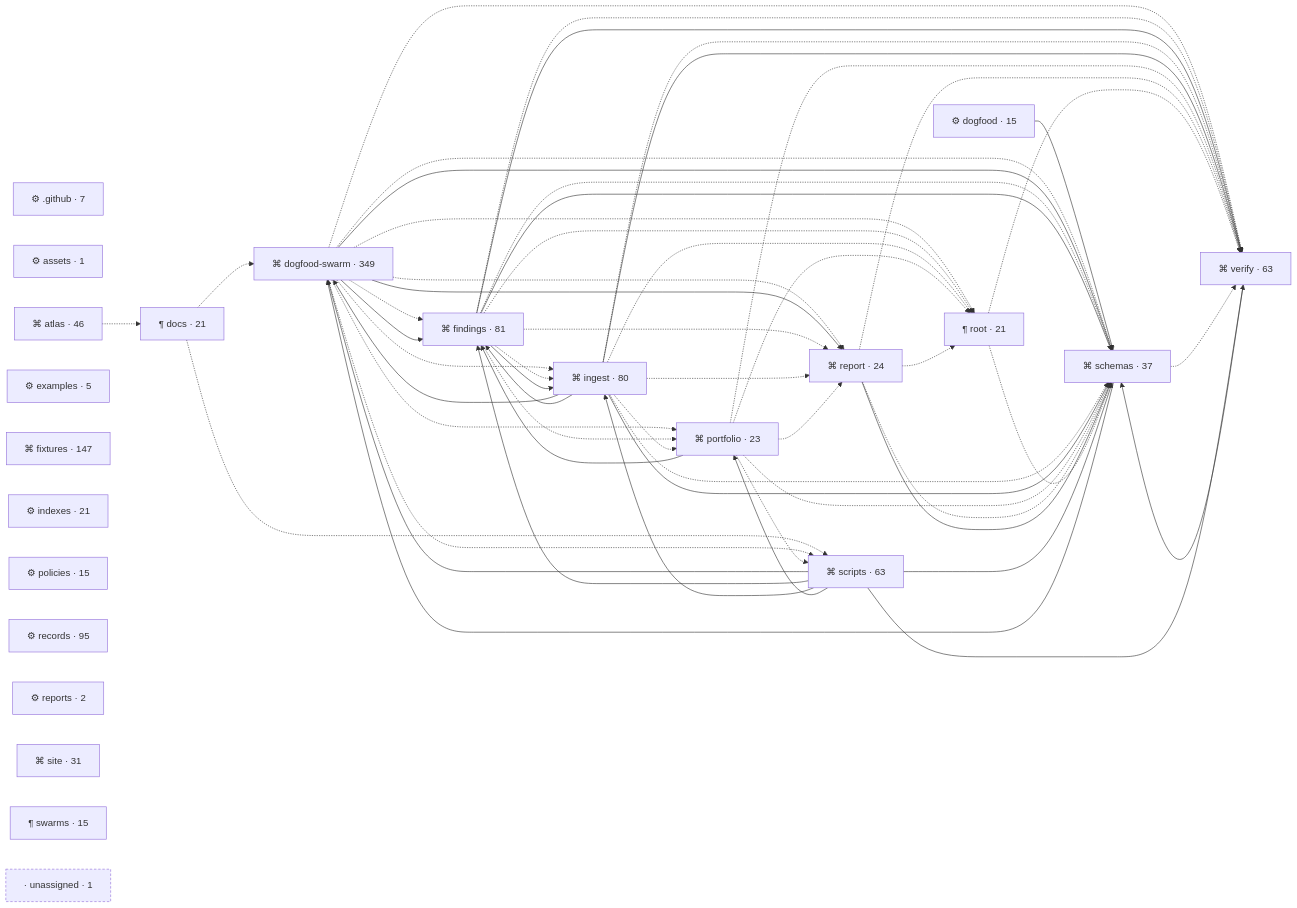
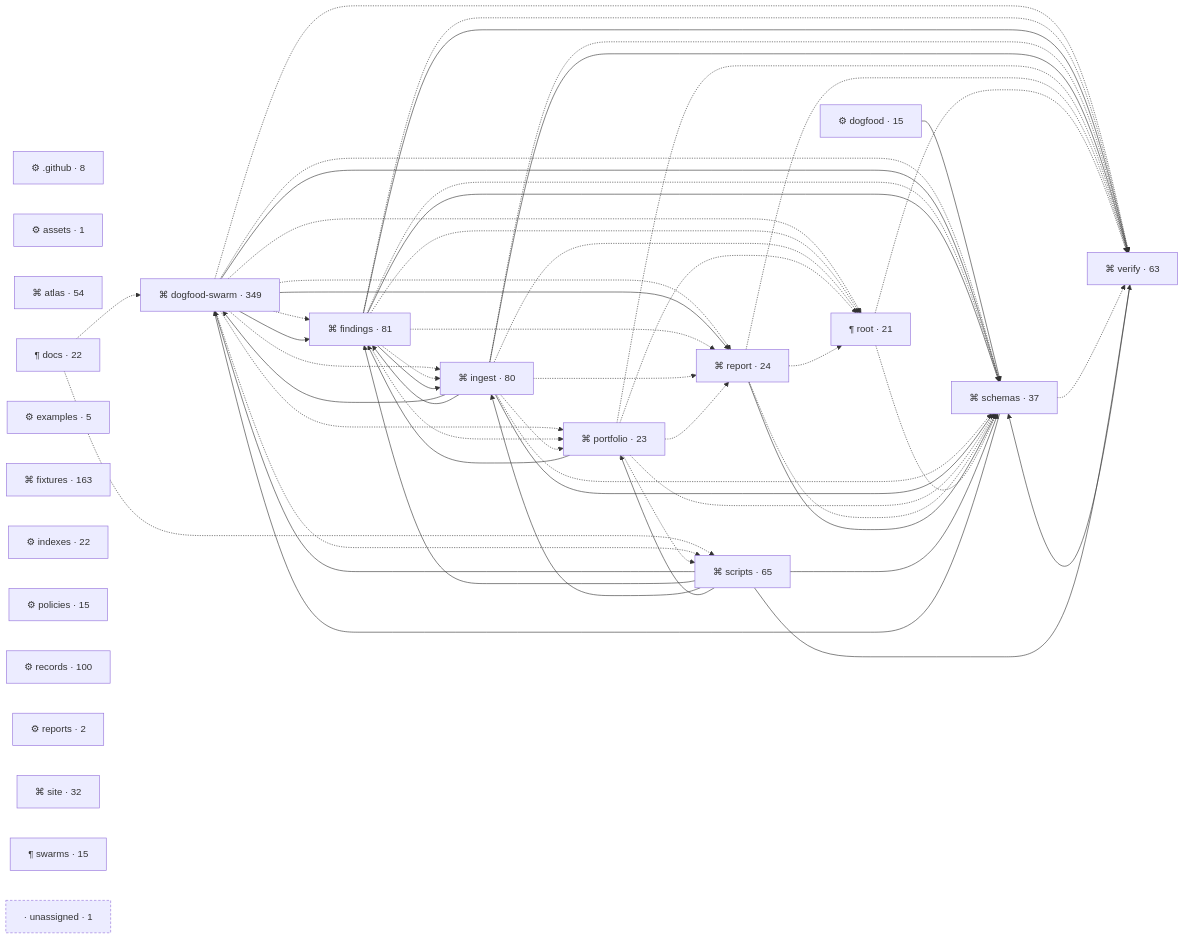
The diagram in atlas/dev.md (dogfood-lab/testing-os), drawn with Mermaid before and after one commit. The commit also changed other lines of this file and 5 other files, not shown here.

````diff
--- a/atlas/dev.md
+++ b/atlas/dev.md
@@ -7,81 +7,80 @@
 ```mermaid
 flowchart LR
-n__github["⚙ .github · 7"]
+n__github["⚙ .github · 8"]
 n_assets["⚙ assets · 1"]
-n_atlas["⌘ atlas · 46"]
-n_docs["¶ docs · 21"]
+n_atlas["⌘ atlas · 54"]
+n_docs["¶ docs · 22"]
 n_dogfood["⚙ dogfood · 15"]
 n_dogfood_swarm["⌘ dogfood-swarm · 349"]
 n_examples["⚙ examples · 5"]
 n_findings["⌘ findings · 81"]
-n_fixtures["⌘ fixtures · 147"]
-n_indexes["⚙ indexes · 21"]
+n_fixtures["⌘ fixtures · 163"]
+n_indexes["⚙ indexes · 22"]
 n_ingest["⌘ ingest · 80"]
 n_policies["⚙ policies · 15"]
 n_portfolio["⌘ portfolio · 23"]
-n_records["⚙ records · 95"]
+n_records["⚙ records · 100"]
 n_report["⌘ report · 24"]
 n_reports["⚙ reports · 2"]
 n_root["¶ root · 21"]
 n_schemas["⌘ schemas · 37"]
-n_scripts["⌘ scripts · 63"]
-n_site["⌘ site · 31"]
+n_scripts["⌘ scripts · 65"]
+n_site["⌘ site · 32"]
 n_swarms["¶ swarms · 15"]
 n_verify["⌘ verify · 63"]
 unassigned["· unassigned · 1"]:::unassigned
-n_atlas -.-> n_docs
 n_docs -.-> n_dogfood_swarm
 n_docs -.-> n_scripts
 n_dogfood --> n_schemas
 n_dogfood_swarm -.-> n_findings
 n_dogfood_swarm --> n_findings
 n_dogfood_swarm -.-> n_ingest
 n_dogfood_swarm -.-> n_portfolio
 n_dogfood_swarm -.-> n_report
 n_dogfood_swarm --> n_report
 n_dogfood_swarm -.-> n_root
 n_dogfood_swarm -.-> n_schemas
 n_dogfood_swarm --> n_schemas
 n_dogfood_swarm -.-> n_scripts
 n_dogfood_swarm -.-> n_verify
 n_findings -.-> n_ingest
 n_findings --> n_ingest
 n_findings -.-> n_portfolio
 n_findings -.-> n_report
 n_findings -.-> n_root
 n_findings -.-> n_schemas
 n_findings --> n_schemas
 n_findings -.-> n_verify
 n_findings --> n_verify
 n_ingest --> n_dogfood_swarm
 n_ingest --> n_findings
 n_ingest -.-> n_portfolio
 n_ingest -.-> n_report
 n_ingest -.-> n_root
 n_ingest -.-> n_schemas
 n_ingest --> n_schemas
 n_ingest -.-> n_verify
 n_ingest --> n_verify
 n_portfolio --> n_findings
 n_portfolio -.-> n_report
 n_portfolio -.-> n_root
 n_portfolio -.-> n_schemas
 n_portfolio -.-> n_scripts
 n_portfolio -.-> n_verify
 n_report -.-> n_root
 n_report -.-> n_schemas
 n_report --> n_schemas
 n_report -.-> n_verify
 n_root -.-> n_schemas
 n_root -.-> n_verify
 n_schemas --> n_dogfood_swarm
 n_schemas -.-> n_verify
 n_scripts --> n_dogfood_swarm
 n_scripts --> n_findings
 n_scripts --> n_ingest
 n_scripts --> n_portfolio
 n_scripts --> n_schemas
 n_scripts --> n_verify
 n_verify --> n_schemas
 classDef unassigned stroke-dasharray: 4 3
 ```
````
